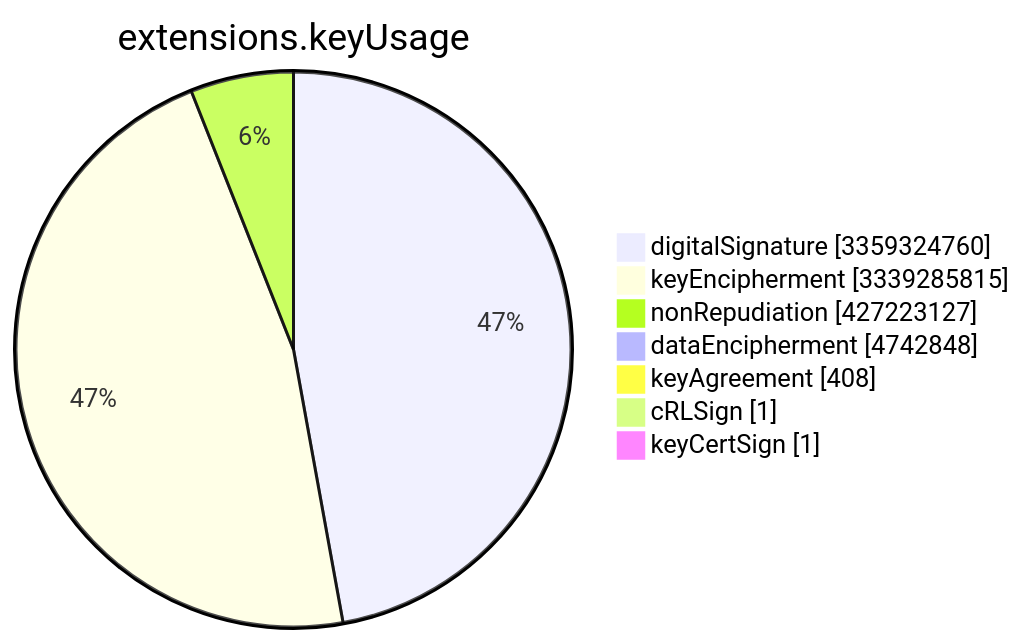
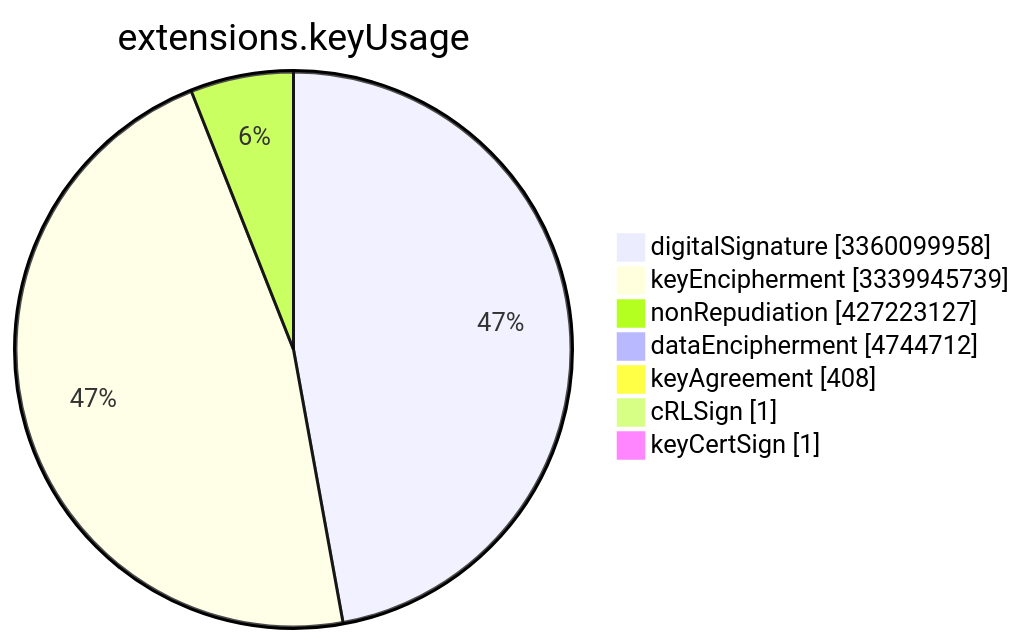
The sixth of 15 diagrams in TOTAL/README.md (christiankrug/ctmonitor_visualization), drawn with Mermaid before and after one commit. The commit also changed other lines of this file, not shown here.

````diff
--- a/TOTAL/README.md
+++ b/TOTAL/README.md
@@ -3079,11 +3079,11 @@
 ```mermaid
 pie showData
 title extensions.keyUsage
-"digitalSignature" :3359324760
-"keyEncipherment" :3339285815
+"digitalSignature" :3360099958
+"keyEncipherment" :3339945739
 "nonRepudiation" :427223127
-"dataEncipherment" :4742848
+"dataEncipherment" :4744712
 "keyAgreement" :408
 "cRLSign" :1
 "keyCertSign" :1
 ```
````
